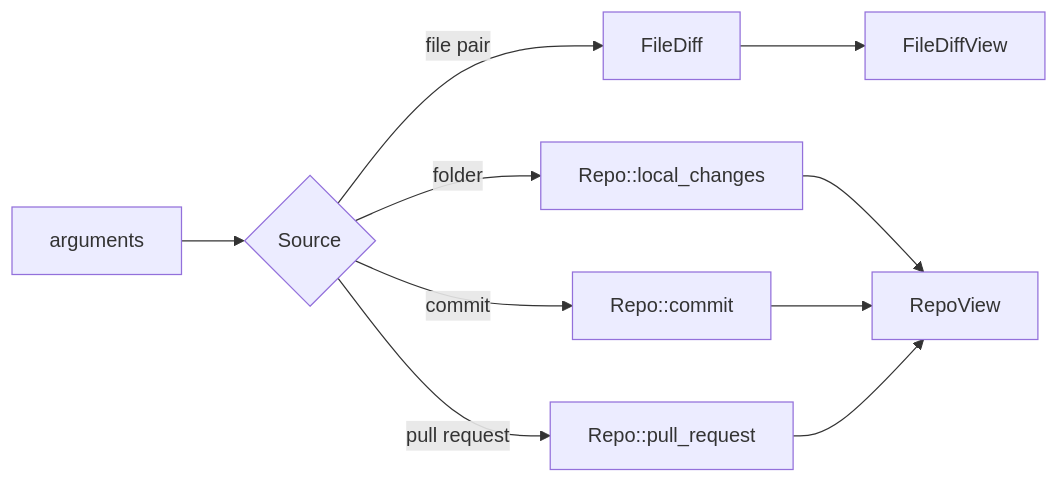
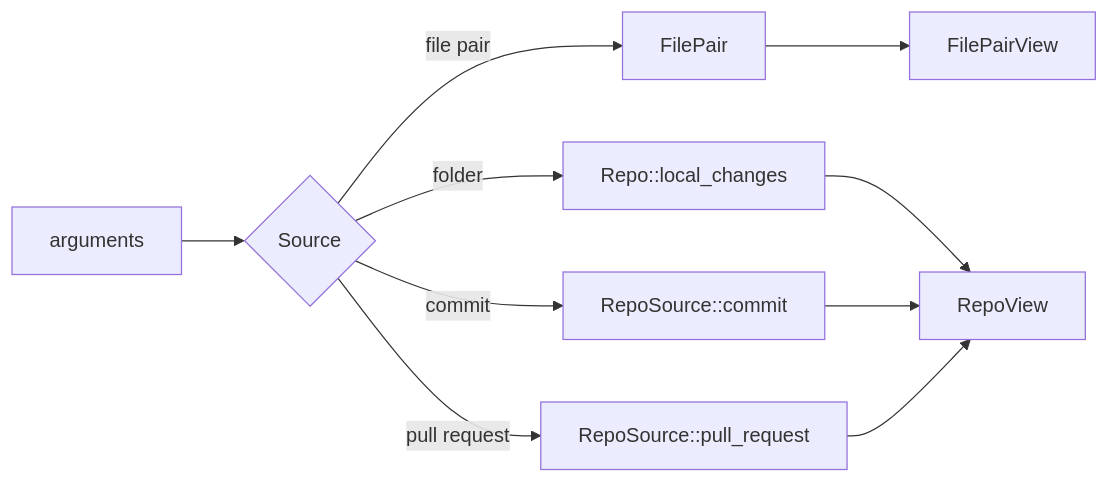
The diagram in crates/jetdiff/README.md (akemkers/jetdiff), drawn with Mermaid before and after one commit. The commit also changed 29 other files, not shown here.

````diff
--- a/crates/jetdiff/README.md
+++ b/crates/jetdiff/README.md
@@ -19,8 +19,8 @@
 ```mermaid
 graph LR
     args[arguments] --> source{Source}
-    source -- file pair --> fd[FileDiff] --> fdv[FileDiffView]
+    source -- file pair --> fp[FilePair] --> fpv[FilePairView]
     source -- folder --> local[Repo::local_changes] --> rv[RepoView]
-    source -- commit --> c[Repo::commit] --> rv
-    source -- pull request --> pr[Repo::pull_request] --> rv
+    source -- commit --> c[RepoSource::commit] --> rv
+    source -- pull request --> pr[RepoSource::pull_request] --> rv
 ```
````
